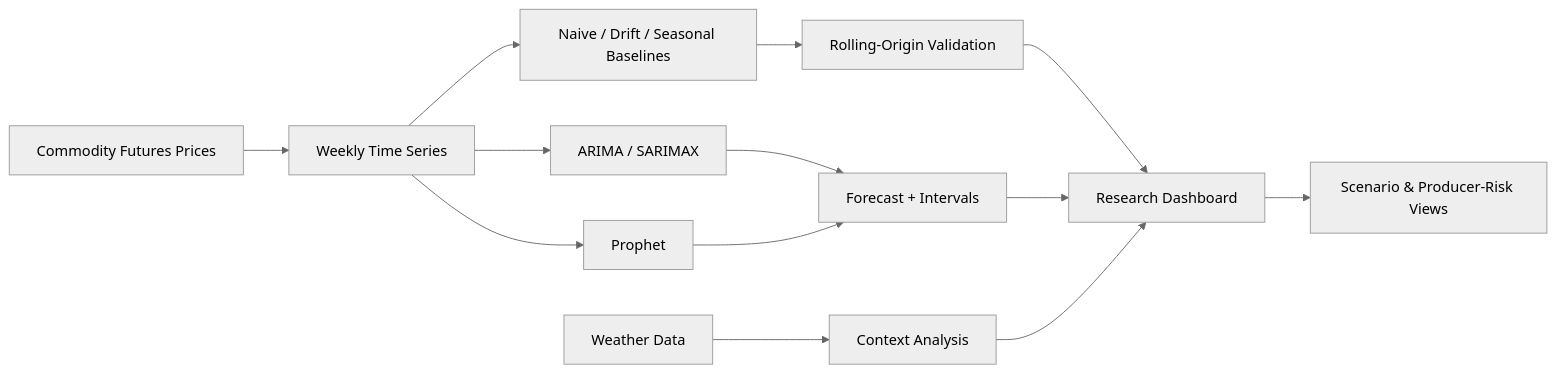
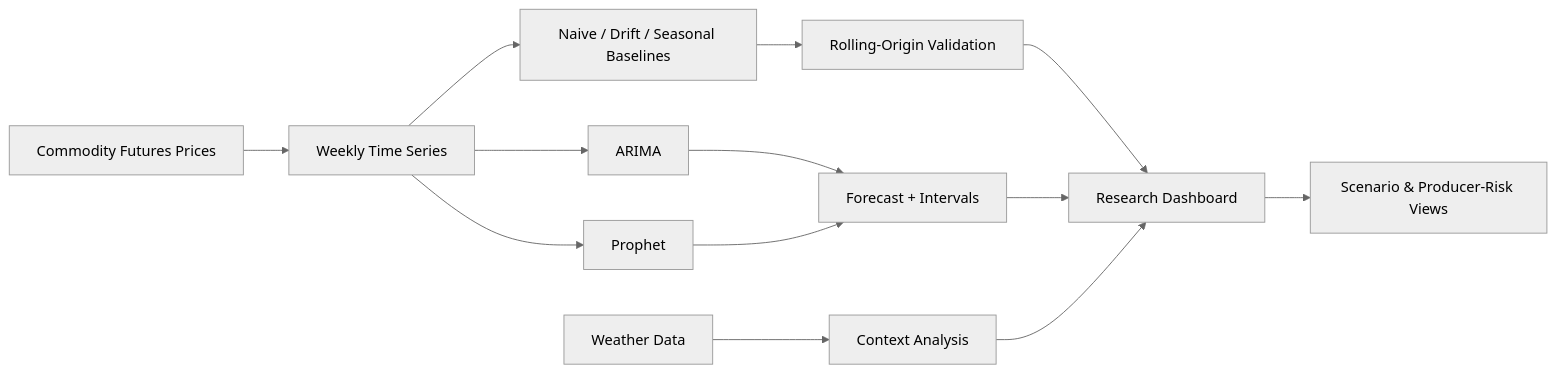
One commit to ParBproject/commodity-price-forecaster changed the diagram in README.md. Above: the diagram before and after it, drawn with Mermaid (neutral theme). The commit also changed other lines of this file and 14 other files, not shown here.

````diff
--- a/README.md
+++ b/README.md
@@ -50,15 +50,15 @@
 ```mermaid
 flowchart LR
     A[Commodity Futures Prices] --> B[Weekly Time Series]
     B --> C[Naive / Drift / Seasonal Baselines]
-    B --> D[ARIMA / SARIMAX]
+    B --> D[ARIMA]
     B --> E[Prophet]
     C --> F[Rolling-Origin Validation]
     D --> G[Forecast + Intervals]
     E --> G
     H[Weather Data] --> I[Context Analysis]
     F --> J[Research Dashboard]
     G --> J
     I --> J
     J --> K[Scenario & Producer-Risk Views]
 ```
````
